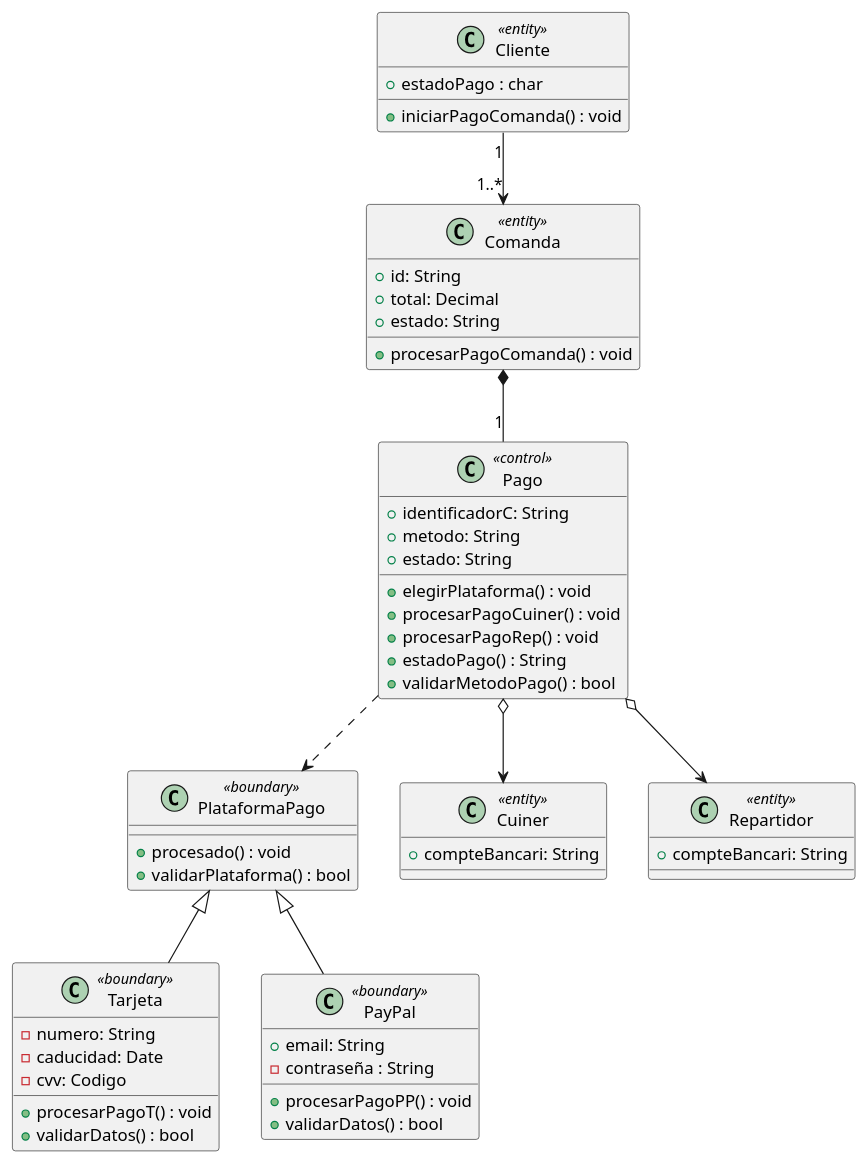
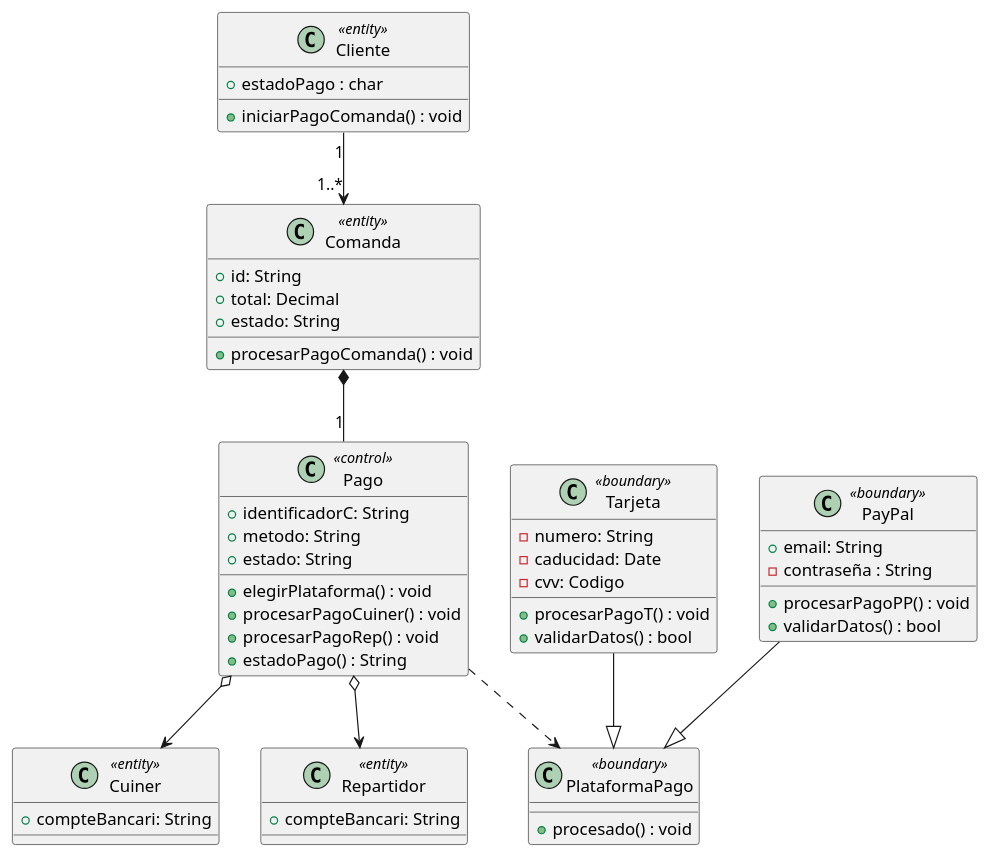
Before and after one commit to dabien3/ES25UAB-511-05: the diagram in documents/Diagrama Clases/CodeUML/bloq4.pUML, drawn with PlantUML.

```diff
--- a/documents/Diagrama Clases/CodeUML/bloq4.pUML
+++ b/documents/Diagrama Clases/CodeUML/bloq4.pUML
@@ -1,64 +1,62 @@
 @startuml
 
 class Cliente <<entity>> {
   + estadoPago : char
   + iniciarPagoComanda() : void
 }
 
 class Comanda <<entity>> {
   + id: String
   + total: Decimal
   + estado: String
   + procesarPagoComanda() : void
 }
 
 class Pago <<control>> {
   + identificadorC: String
   + metodo: String
   + estado: String
   + elegirPlataforma() : void
   + procesarPagoCuiner() : void
   + procesarPagoRep() : void
   + estadoPago() : String
-  + validarMetodoPago() : bool
 }
 
 class Cuiner <<entity>> {
   + compteBancari: String
 }
 
 class Repartidor <<entity>> {
   + compteBancari: String
 }
 
 class Tarjeta <<boundary>> {
   - numero: String
   - caducidad: Date
   - cvv: Codigo
   + procesarPagoT() : void
   + validarDatos() : bool
 }
 
 class PayPal <<boundary>> {
   + email: String
   - contraseña : String
   + procesarPagoPP() : void
   + validarDatos() : bool
 }
 
 class PlataformaPago <<boundary>> {
   + procesado() : void
-  + validarPlataforma() : bool
 }
 
 
 Cliente "1" --> "1..*" Comanda 
 Comanda *-- "1" Pago 
 Pago ..> PlataformaPago 
 Pago o--> Cuiner 
 Pago o--> Repartidor 
-Tarjeta -up-|> PlataformaPago 
-PayPal -up-|> PlataformaPago
+Tarjeta --|> PlataformaPago 
+PayPal --|> PlataformaPago
 
 
 @enduml
```
